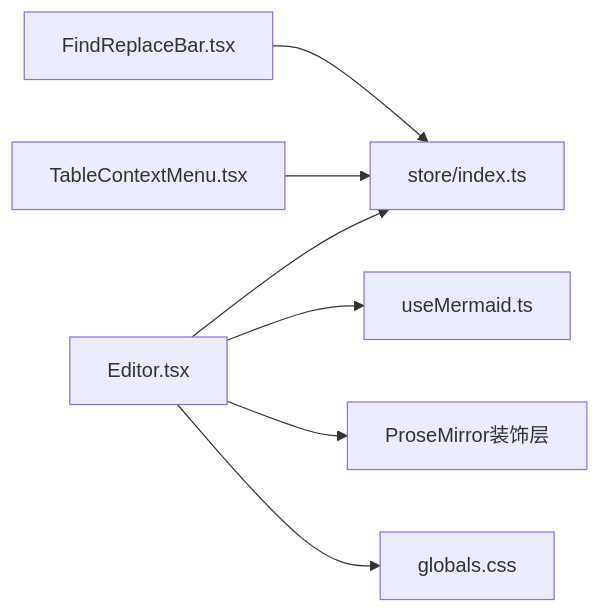
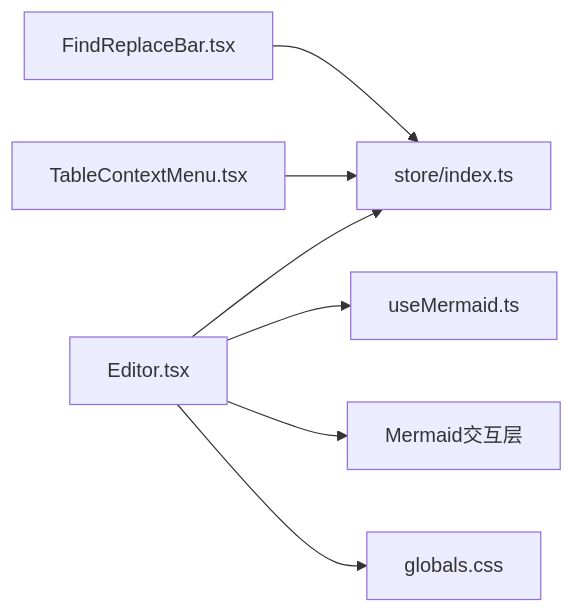
Before and after one commit to gongshiyun/ZenNote: the seventh of 7 diagrams in .qoder/repowiki/zh/content/核心组件/编辑器组件.md, drawn with Mermaid. The commit also changed other lines of this file and 3 other files, not shown here.

````diff
--- a/.qoder/repowiki/zh/content/核心组件/编辑器组件.md
+++ b/.qoder/repowiki/zh/content/核心组件/编辑器组件.md
@@ -319,9 +320,9 @@
 ```mermaid
 graph LR
 E["Editor.tsx"] --> S["store/index.ts"]
 E --> M["useMermaid.ts"]
-E --> V["ProseMirror装饰层"]
+E --> I["Mermaid交互层"]
 F["FindReplaceBar.tsx"] --> S
 T["TableContextMenu.tsx"] --> S
 E --> C["globals.css"]
 ```
````
